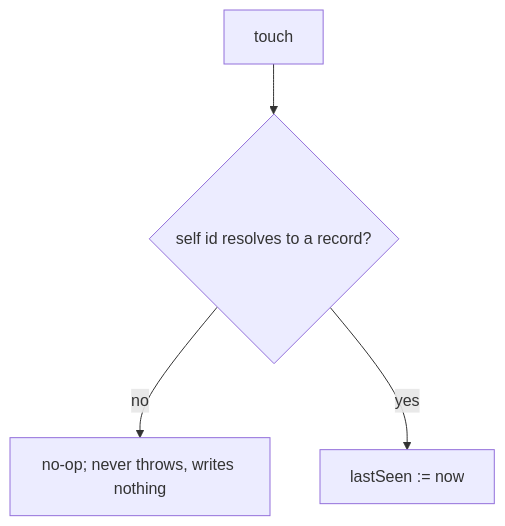
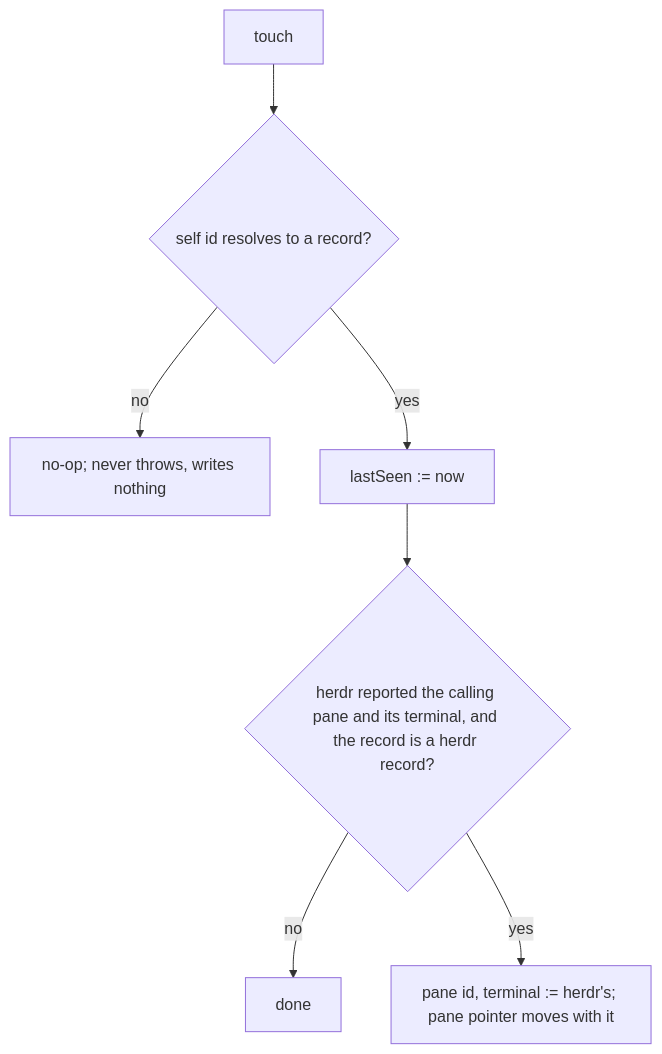
One commit to cyberuni/cyberlegion changed the fifth of 13 diagrams in packages/cyberlegion/.agents/spec/unit/registry/README.md. Above: the diagram before and after it, drawn with Mermaid. The commit also changed other lines of this file and 13 other files, not shown here.

First line of the commit message:
fix: follow a moved herdr pane by its terminal id so prune keeps the live unit (#273)

````diff
--- a/packages/cyberlegion/.agents/spec/unit/registry/README.md
+++ b/packages/cyberlegion/.agents/spec/unit/registry/README.md
@@ -532,6 +564,9 @@
 ```mermaid
 graph TD
   TC0["touch"] --> TC1{"self id resolves to a record?"}
   TC1 -- no --> TC1N["no-op; never throws, writes nothing"]
   TC1 -- yes --> TC2["lastSeen := now"]
+  TC2 --> TC3{"herdr reported the calling pane and its terminal, and the record is a herdr record?"}
+  TC3 -- no --> TC3N["done"]
+  TC3 -- yes --> TC4["pane id, terminal := herdr's; pane pointer moves with it"]
 ```
````
